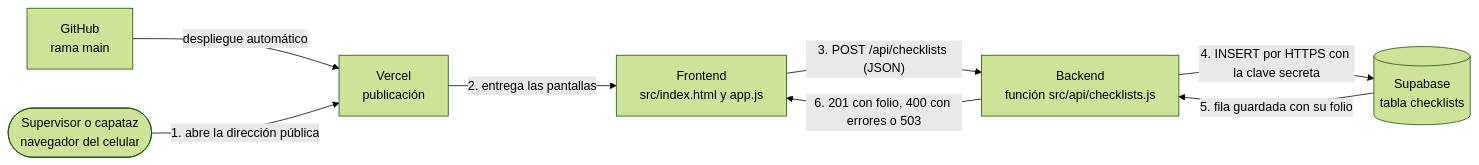
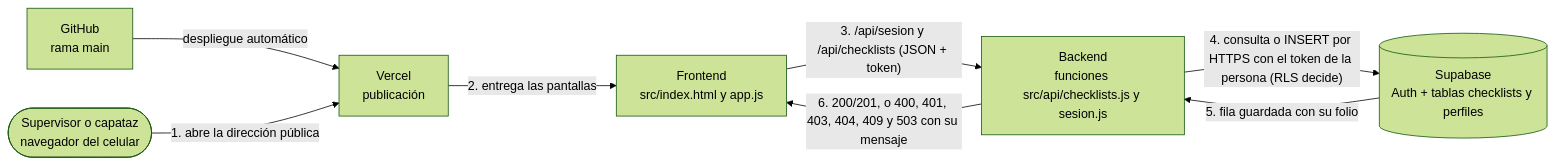
The diagram in docs/arquitectura.md (aldocastillo-dev/checklist-mantenimiento), drawn with Mermaid (forest theme) before and after one commit. The commit also changed other lines of this file and 15 other files, not shown here.

````diff
--- a/docs/arquitectura.md
+++ b/docs/arquitectura.md
@@ -7,17 +7,17 @@
 ```mermaid
 flowchart LR
     P([Supervisor o capataz<br/>navegador del celular])
     G[GitHub<br/>rama main]
     V[Vercel<br/>publicación]
     F[Frontend<br/>src/index.html y app.js]
-    B[Backend<br/>función src/api/checklists.js]
-    D[(Supabase<br/>tabla checklists)]
+    B[Backend<br/>funciones src/api/checklists.js y sesion.js]
+    D[(Supabase<br/>Auth + tablas checklists y perfiles)]
 
     G -- "despliegue automático" --> V
     P -- "1. abre la dirección pública" --> V
     V -- "2. entrega las pantallas" --> F
-    F -- "3. POST /api/checklists (JSON)" --> B
-    B -- "4. INSERT por HTTPS con la clave secreta" --> D
+    F -- "3. /api/sesion y /api/checklists (JSON + token)" --> B
+    B -- "4. consulta o INSERT por HTTPS con el token de la persona (RLS decide)" --> D
     D -- "5. fila guardada con su folio" --> B
-    B -- "6. 201 con folio, 400 con errores o 503" --> F
+    B -- "6. 200/201, o 400, 401, 403, 404, 409 y 503 con su mensaje" --> F
 ```
````
